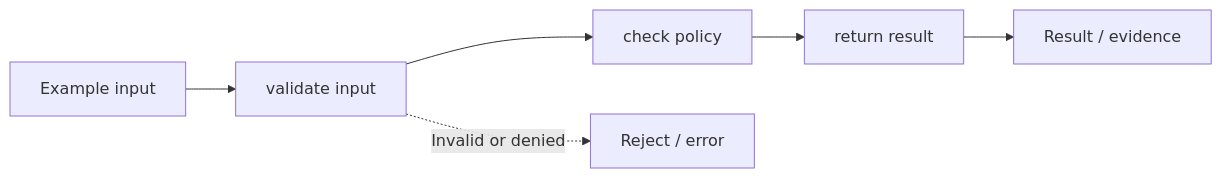
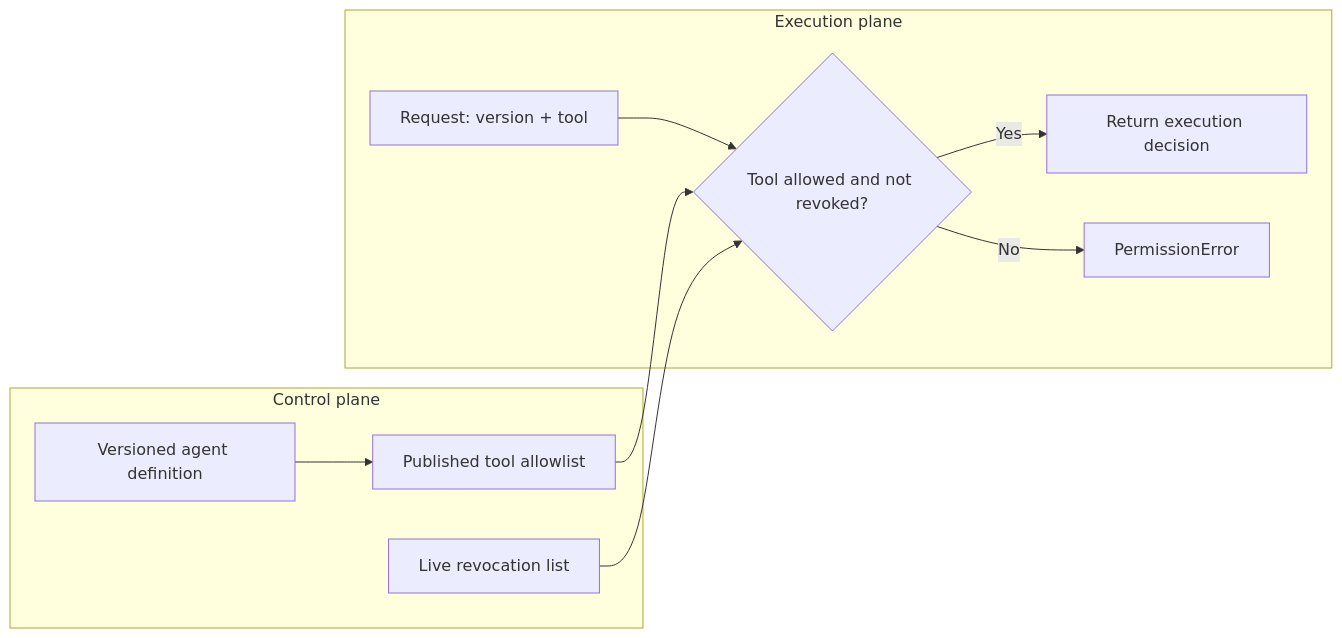
Before and after one commit to akkhil2012/AgenticSamplesPrincipalEngineer: the diagram in docs/architecture.md, drawn with Mermaid. The commit also changed other lines of this file, not shown here.

Commit message:
docs: add concept-specific architecture flow

````diff
--- a/docs/architecture.md
+++ b/docs/architecture.md
@@ -5,8 +5,14 @@
 ```mermaid
 flowchart LR
- A["Example input"] --> B["validate input"]
- B --> C["check policy"]
- C --> D["return result"]
- D --> E["Result / evidence"]
- B -. "Invalid or denied" .-> F["Reject / error"]
+ subgraph CP["Control plane"]
+  C["Versioned agent definition"] --> P["Published tool allowlist"]
+  R["Live revocation list"]
+ end
+ subgraph EP["Execution plane"]
+  Q["Request: version + tool"] --> A{"Tool allowed and not revoked?"}
+  A -->|Yes| X["Return execution decision"]
+  A -->|No| D["PermissionError"]
+ end
+ P --> A
+ R --> A
 ```
````
